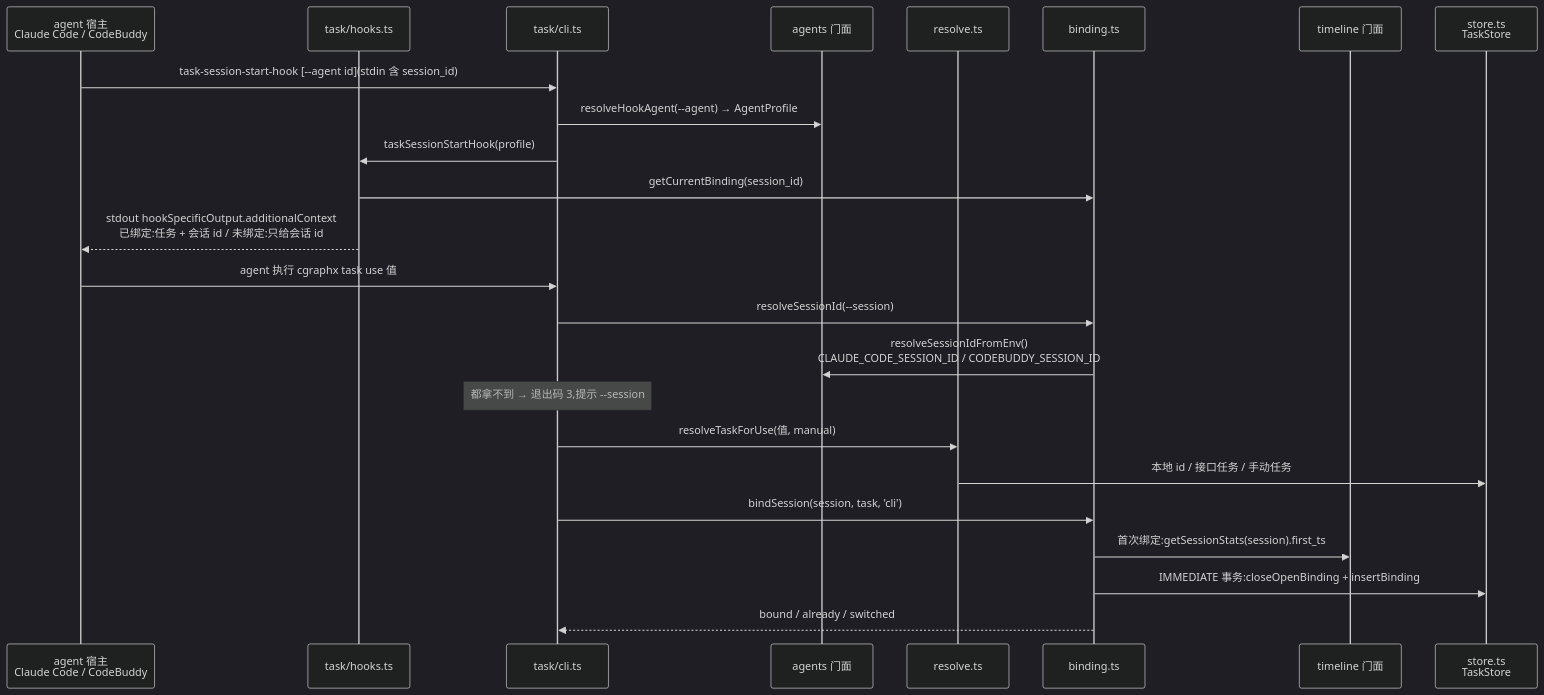
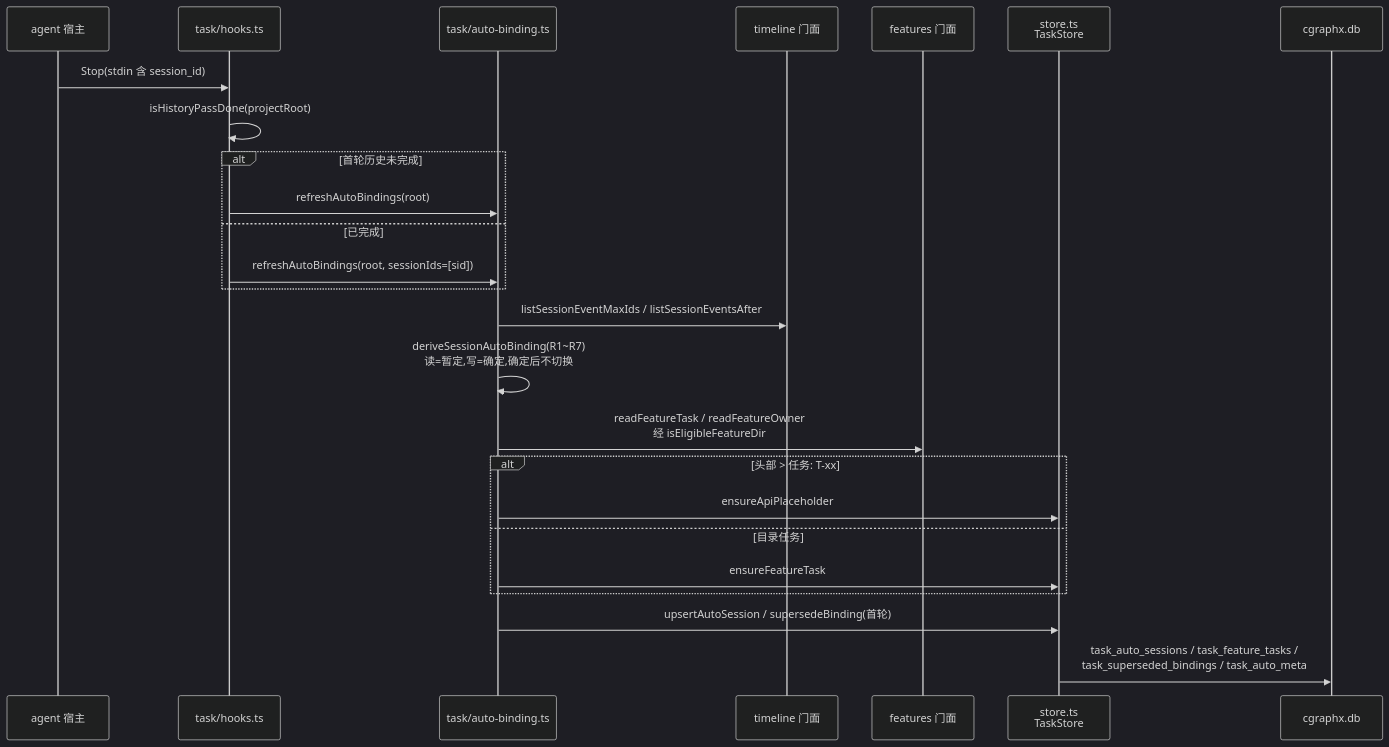
The first of 3 diagrams in docs/code-map/flows/开发任务绑定.md (smdnkB/cgraphx), drawn with Mermaid (dark theme) before and after one commit. The commit also changed other lines of this file and 8 other files, not shown here.

First line of the commit message:
docs: 更新任务知识库与代码地图——任务自动关联落地后的现状

````diff
--- a/docs/code-map/flows/开发任务绑定.md
+++ b/docs/code-map/flows/开发任务绑定.md
@@ -56,27 +66,28 @@
 ```mermaid
 sequenceDiagram
-  participant AG as agent 宿主<br/>Claude Code / CodeBuddy
+  participant AG as agent 宿主
   participant HK as task/hooks.ts
-  participant CLI as task/cli.ts
-  participant AP as agents 门面
-  participant RS as resolve.ts
-  participant BD as binding.ts
+  participant AB as task/auto-binding.ts
   participant TL as timeline 门面
+  participant FT as features 门面
   participant ST as store.ts<br/>TaskStore
+  participant DB as cgraphx.db
 
-  AG->>CLI: task-session-start-hook [--agent id](stdin 含 session_id)
-  CLI->>AP: resolveHookAgent(--agent) → AgentProfile
-  CLI->>HK: taskSessionStartHook(profile)
-  HK->>BD: getCurrentBinding(session_id)
-  HK-->>AG: stdout hookSpecificOutput.additionalContext<br/>已绑定:任务 + 会话 id / 未绑定:只给会话 id
-  AG->>CLI: agent 执行 cgraphx task use 值
-  CLI->>BD: resolveSessionId(--session)
-  BD->>AP: resolveSessionIdFromEnv()<br/>CLAUDE_CODE_SESSION_ID / CODEBUDDY_SESSION_ID
-  Note over CLI: 都拿不到 → 退出码 3,提示 --session
-  CLI->>RS: resolveTaskForUse(值, manual)
-  RS->>ST: 本地 id / 接口任务 / 手动任务
-  CLI->>BD: bindSession(session, task, 'cli')
-  BD->>TL: 首次绑定:getSessionStats(session).first_ts
-  BD->>ST: IMMEDIATE 事务:closeOpenBinding + insertBinding
-  BD-->>CLI: bound / already / switched
+  AG->>HK: Stop(stdin 含 session_id)
+  HK->>HK: isHistoryPassDone(projectRoot)
+  alt 首轮历史未完成
+    HK->>AB: refreshAutoBindings(root)
+  else 已完成
+    HK->>AB: refreshAutoBindings(root, sessionIds=[sid])
+  end
+  AB->>TL: listSessionEventMaxIds / listSessionEventsAfter
+  AB->>AB: deriveSessionAutoBinding(R1~R7)<br/>读=暂定,写=确定,确定后不切换
+  AB->>FT: readFeatureTask / readFeatureOwner<br/>经 isEligibleFeatureDir
+  alt 头部 > 任务: T-xx
+    AB->>ST: ensureApiPlaceholder
+  else 目录任务
+    AB->>ST: ensureFeatureTask
+  end
+  AB->>ST: upsertAutoSession / supersedeBinding(首轮)
+  ST->>DB: task_auto_sessions / task_feature_tasks /<br/>task_superseded_bindings / task_auto_meta
 ```
````
